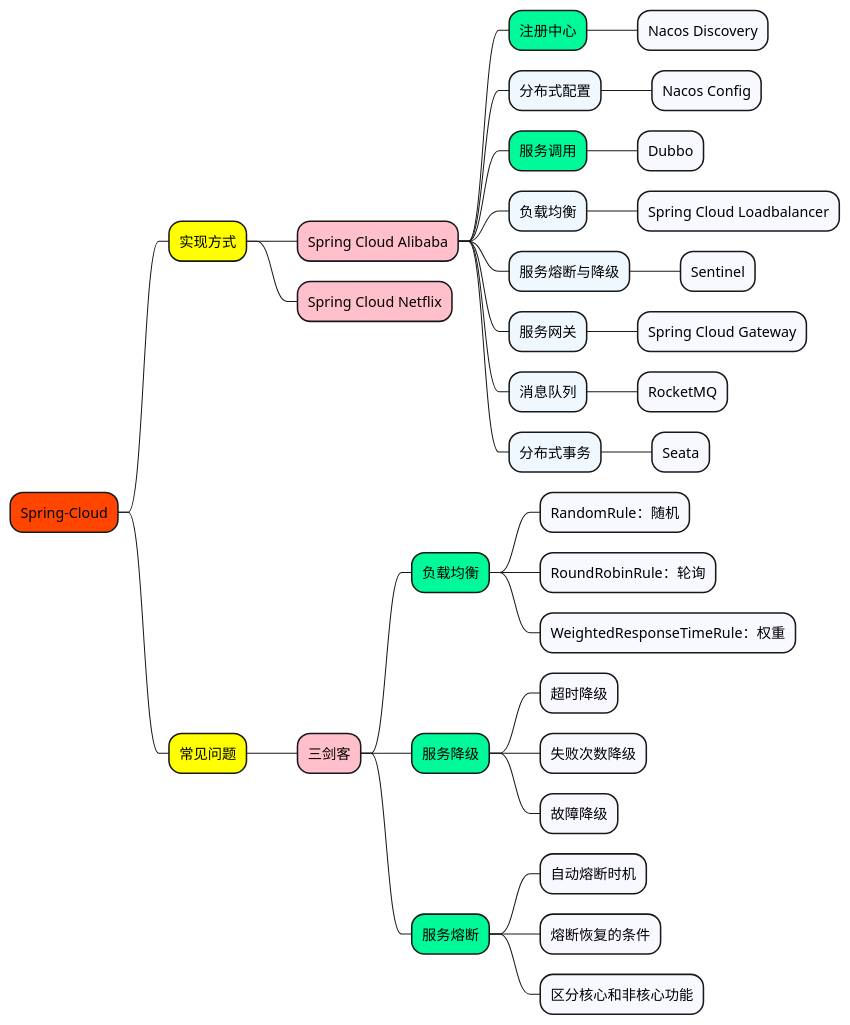
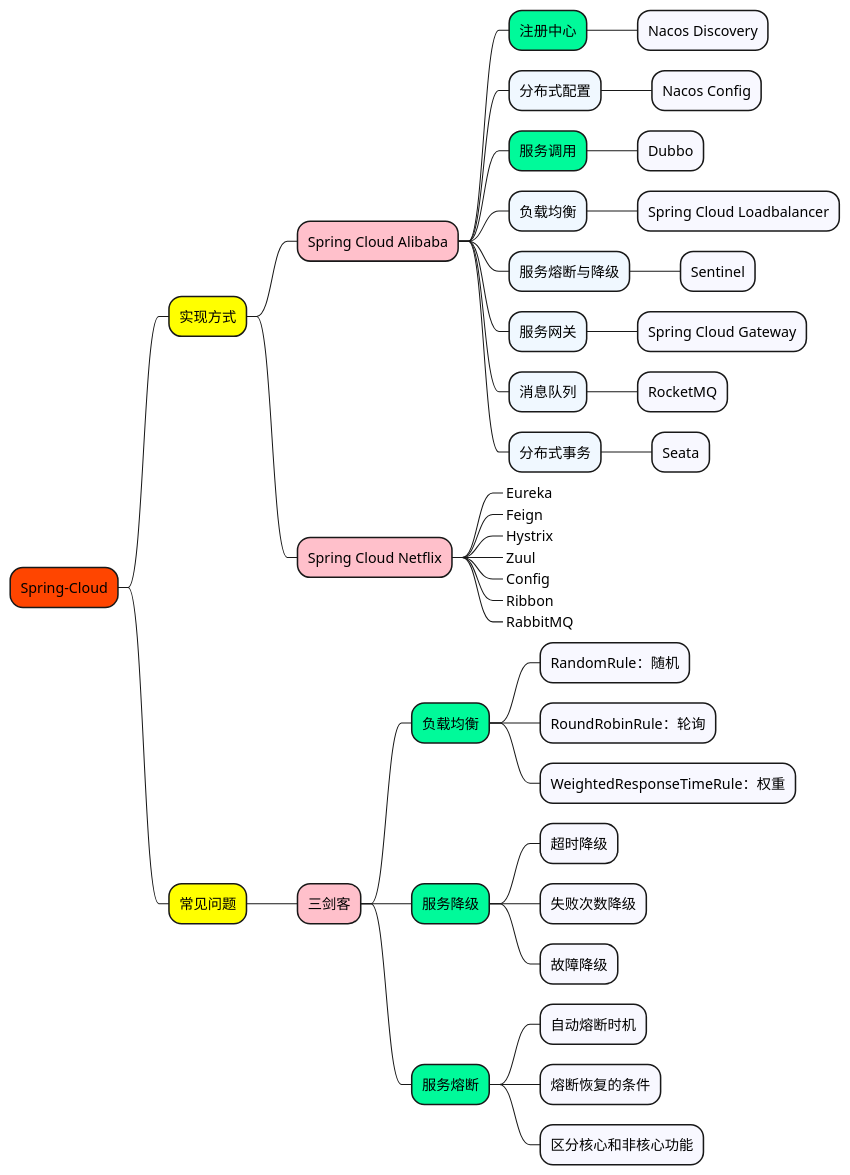
Before and after one commit to doveg/self-cultivation-of-a-software-engineer: the diagram in 1_map/framework/Spring-Cloud.puml, drawn with PlantUML. The commit also changed 19 other files, not shown here.

```diff
--- a/1_map/framework/Spring-Cloud.puml
+++ b/1_map/framework/Spring-Cloud.puml
@@ -1,49 +1,57 @@
 @startmindmap
 
 +[#OrangeRed] Spring-Cloud
 
 ++[#yellow] 实现方式
 
 +++[#Pink] Spring Cloud Alibaba
 ++++[#MediumSpringGreen] 注册中心
 +++++[#GhostWhite] Nacos Discovery
 ++++[#AliceBlue] 分布式配置
 +++++[#GhostWhite] Nacos Config
 ++++[#MediumSpringGreen] 服务调用
 +++++[#GhostWhite] Dubbo
 ++++[#AliceBlue] 负载均衡
 +++++[#GhostWhite] Spring Cloud Loadbalancer
 ++++[#AliceBlue] 服务熔断与降级
 +++++[#GhostWhite] Sentinel
 ++++[#AliceBlue] 服务网关
 +++++[#GhostWhite] Spring Cloud Gateway
 ++++[#AliceBlue] 消息队列
 +++++[#GhostWhite] RocketMQ
 ++++[#AliceBlue] 分布式事务
 +++++[#GhostWhite] Seata
 
+
 +++[#Pink] Spring Cloud Netflix
+++++[#AliceBlue]_ Eureka
+++++[#AliceBlue]_ Feign
+++++[#AliceBlue]_ Hystrix
+++++[#AliceBlue]_ Zuul
+++++[#AliceBlue]_ Config
+++++[#AliceBlue]_ Ribbon
+++++[#AliceBlue]_ RabbitMQ
 
 
 ++[#yellow] 常见问题
 
 +++[#Pink] 三剑客
 
 ++++[#MediumSpringGreen] 负载均衡
 +++++[#GhostWhite] RandomRule：随机
 +++++[#GhostWhite] RoundRobinRule：轮询
 +++++[#GhostWhite] WeightedResponseTimeRule：权重
 
 ++++[#MediumSpringGreen] 服务降级
 +++++[#GhostWhite] 超时降级
 +++++[#GhostWhite] 失败次数降级
 +++++[#GhostWhite] 故障降级
 
 ++++[#MediumSpringGreen] 服务熔断
 +++++[#GhostWhite] 自动熔断时机
 +++++[#GhostWhite] 熔断恢复的条件
 +++++[#GhostWhite] 区分核心和非核心功能
 
 
 
 @endmindmap
```
